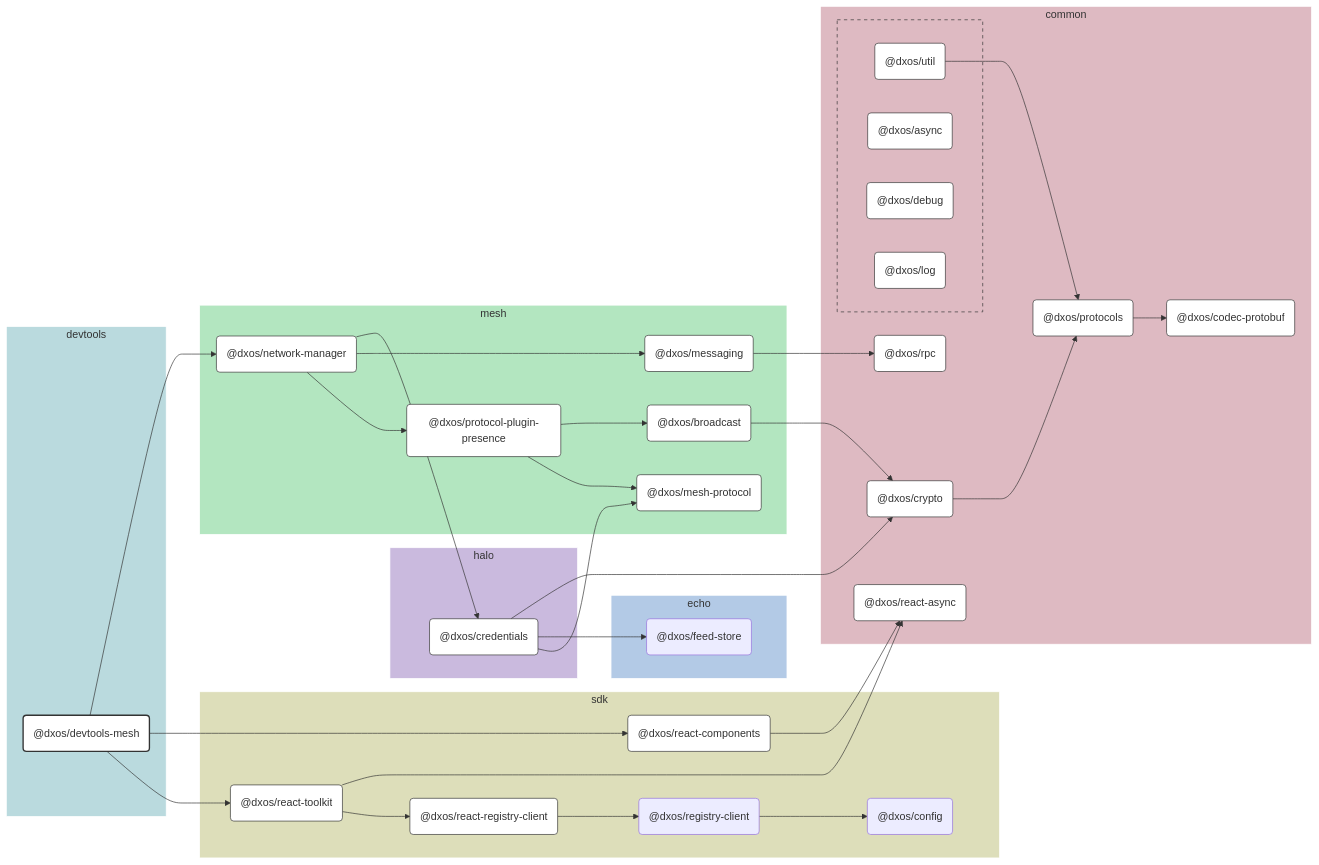
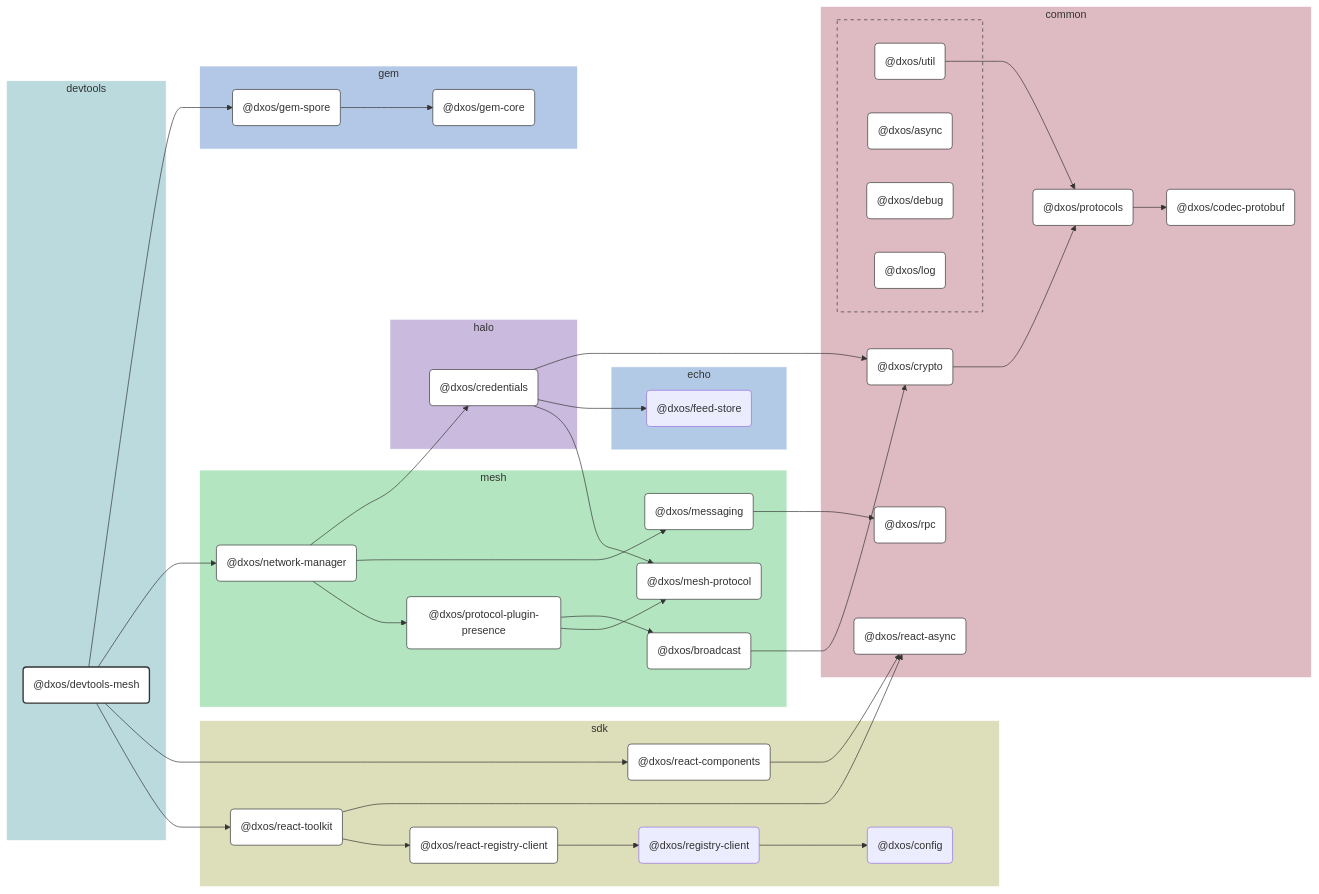
Before and after one commit to dxos/dxos: the diagram in packages/devtools/devtools-mesh/docs/README.md, drawn with Mermaid. The commit also changed other lines of this file and 69 other files, not shown here.

```diff
--- a/packages/devtools/devtools-mesh/docs/README.md
+++ b/packages/devtools/devtools-mesh/docs/README.md
@@ -15,9 +15,11 @@
 dxos/credentials --> dxos/feed-store;
 dxos/credentials --> dxos/mesh-protocol;
 dxos/crypto --> dxos/protocols;
+dxos/devtools-mesh --> dxos/gem-spore;
 dxos/devtools-mesh --> dxos/network-manager;
 dxos/devtools-mesh --> dxos/react-components;
 dxos/devtools-mesh --> dxos/react-toolkit;
+dxos/gem-spore --> dxos/gem-core;
 dxos/messaging --> dxos/rpc;
 dxos/network-manager --> dxos/credentials;
 dxos/network-manager --> dxos/messaging;
@@ -58,6 +60,13 @@
   end
 end
 
+subgraph gem
+  style gem fill:#b3c7e6,stroke:#fff;
+
+  dxos/gem-core("@dxos/gem-core")
+  dxos/gem-spore("@dxos/gem-spore")
+end
+
 subgraph mesh
   style mesh fill:#b3e6c0,stroke:#fff;
 
@@ -92,24 +101,26 @@
 
 
 %% Hyperlinks
-click dxos/async href "https:/github.com/dxos/dxos/tree/main/packages/common/async/docs";
-click dxos/broadcast href "https:/github.com/dxos/dxos/tree/main/packages/mesh/broadcast/docs";
-click dxos/codec-protobuf href "https:/github.com/dxos/dxos/tree/main/packages/common/codec-protobuf/docs";
-click dxos/credentials href "https:/github.com/dxos/dxos/tree/main/packages/halo/credentials/docs";
-click dxos/crypto href "https:/github.com/dxos/dxos/tree/main/packages/common/crypto/docs";
-click dxos/debug href "https:/github.com/dxos/dxos/tree/main/packages/common/debug/docs";
-click dxos/log href "https:/github.com/dxos/dxos/tree/main/packages/common/log/docs";
-click dxos/mesh-protocol href "https:/github.com/dxos/dxos/tree/main/packages/mesh/mesh-protocol/docs";
-click dxos/messaging href "https:/github.com/dxos/dxos/tree/main/packages/mesh/messaging/docs";
-click dxos/network-manager href "https:/github.com/dxos/dxos/tree/main/packages/mesh/network-manager/docs";
-click dxos/protocol-plugin-presence href "https:/github.com/dxos/dxos/tree/main/packages/mesh/protocol-plugin-presence/docs";
-click dxos/protocols href "https:/github.com/dxos/dxos/tree/main/packages/common/protocols/docs";
-click dxos/react-async href "https:/github.com/dxos/dxos/tree/main/packages/common/react-async/docs";
-click dxos/react-components href "https:/github.com/dxos/dxos/tree/main/packages/sdk/react-components/docs";
-click dxos/react-registry-client href "https:/github.com/dxos/dxos/tree/main/packages/sdk/react-registry-client/docs";
-click dxos/react-toolkit href "https:/github.com/dxos/dxos/tree/main/packages/sdk/react-toolkit/docs";
-click dxos/rpc href "https:/github.com/dxos/dxos/tree/main/packages/common/rpc/docs";
-click dxos/util href "https:/github.com/dxos/dxos/tree/main/packages/common/util/docs";
+click dxos/async "dxos/dxos/tree/main/packages/common/async/docs";
+click dxos/broadcast "dxos/dxos/tree/main/packages/mesh/broadcast/docs";
+click dxos/codec-protobuf "dxos/dxos/tree/main/packages/common/codec-protobuf/docs";
+click dxos/credentials "dxos/dxos/tree/main/packages/halo/credentials/docs";
+click dxos/crypto "dxos/dxos/tree/main/packages/common/crypto/docs";
+click dxos/debug "dxos/dxos/tree/main/packages/common/debug/docs";
+click dxos/gem-core "dxos/dxos/tree/main/packages/gem/gem-core/docs";
+click dxos/gem-spore "dxos/dxos/tree/main/packages/gem/gem-spore/docs";
+click dxos/log "dxos/dxos/tree/main/packages/common/log/docs";
+click dxos/mesh-protocol "dxos/dxos/tree/main/packages/mesh/mesh-protocol/docs";
+click dxos/messaging "dxos/dxos/tree/main/packages/mesh/messaging/docs";
+click dxos/network-manager "dxos/dxos/tree/main/packages/mesh/network-manager/docs";
+click dxos/protocol-plugin-presence "dxos/dxos/tree/main/packages/mesh/protocol-plugin-presence/docs";
+click dxos/protocols "dxos/dxos/tree/main/packages/common/protocols/docs";
+click dxos/react-async "dxos/dxos/tree/main/packages/common/react-async/docs";
+click dxos/react-components "dxos/dxos/tree/main/packages/sdk/react-components/docs";
+click dxos/react-registry-client "dxos/dxos/tree/main/packages/sdk/react-registry-client/docs";
+click dxos/react-toolkit "dxos/dxos/tree/main/packages/sdk/react-toolkit/docs";
+click dxos/rpc "dxos/dxos/tree/main/packages/common/rpc/docs";
+click dxos/util "dxos/dxos/tree/main/packages/common/util/docs";
 
 %% Styles
 classDef rootNode fill:#fff,stroke:#333,stroke-width:2px
@@ -124,6 +135,8 @@
 dxos/credentials:::defaultNode
 dxos/crypto:::defaultNode
 dxos/debug:::defaultNode
+dxos/gem-core:::defaultNode
+dxos/gem-spore:::defaultNode
 dxos/log:::defaultNode
 dxos/mesh-protocol:::defaultNode
 dxos/messaging:::defaultNode
```
